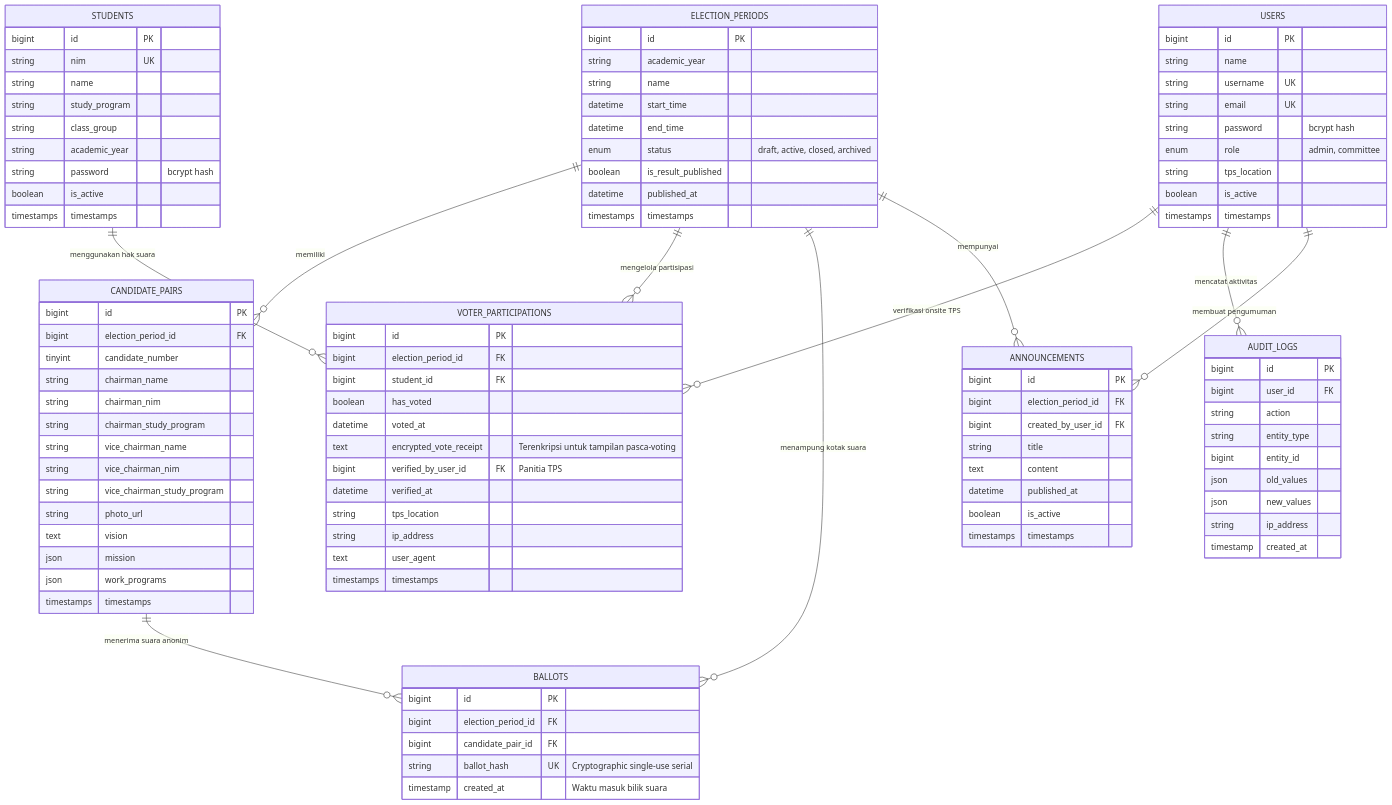
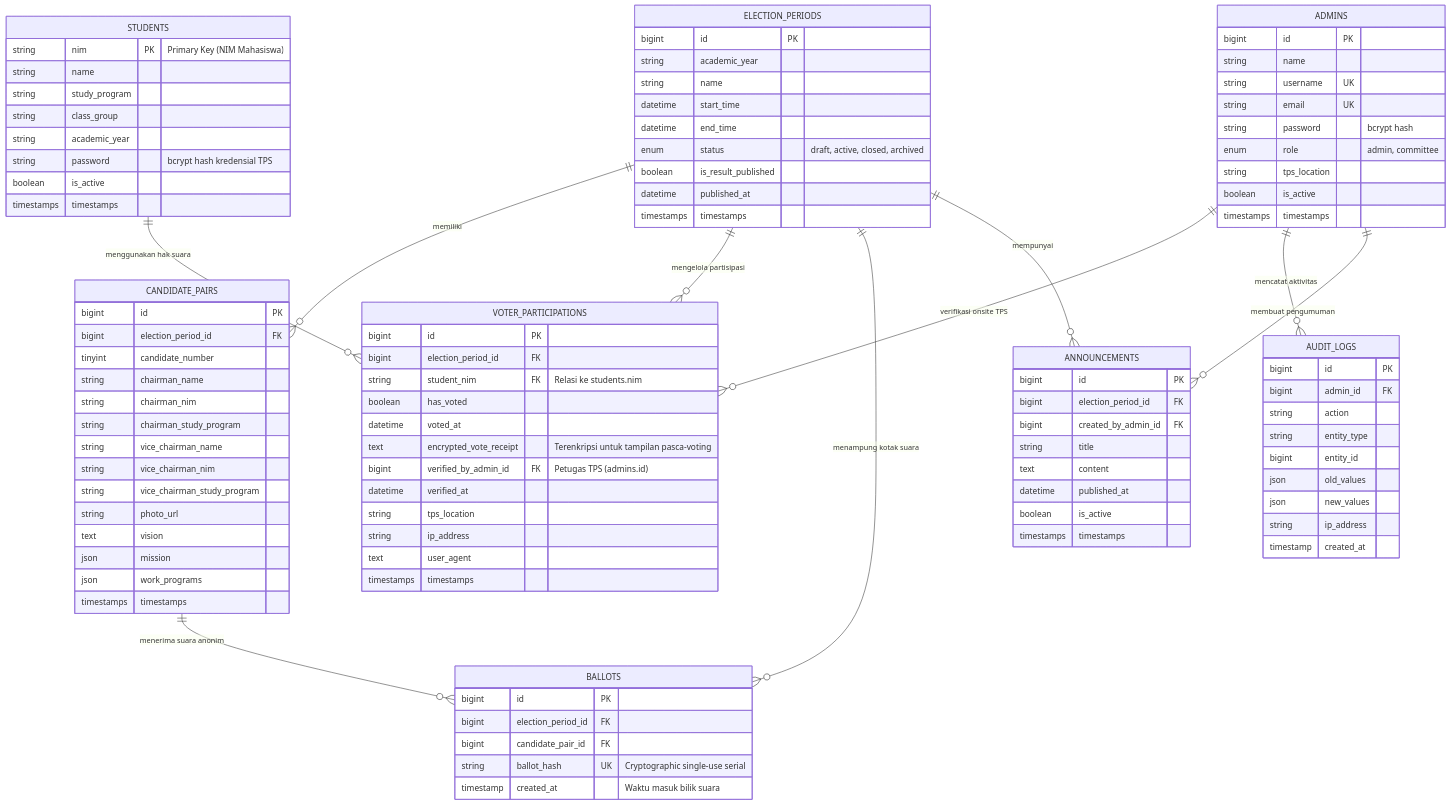
The diagram in docs/DATABASE_ERD.md (Irfansopandi/web-pemira-bem-ubsi-karawang), drawn with Mermaid before and after one commit. The commit also changed other lines of this file and 2 other files, not shown here.

Commit message:
docs: separate admin and student tables, set nim as primary key for students

```diff
--- a/docs/DATABASE_ERD.md
+++ b/docs/DATABASE_ERD.md
@@ -29,9 +33,9 @@
     ELECTION_PERIODS ||--o{ ANNOUNCEMENTS : "mempunyai"
     STUDENTS ||--o{ VOTER_PARTICIPATIONS : "menggunakan hak suara"
     CANDIDATE_PAIRS ||--o{ BALLOTS : "menerima suara anonim"
-    USERS ||--o{ VOTER_PARTICIPATIONS : "verifikasi onsite TPS"
-    USERS ||--o{ AUDIT_LOGS : "mencatat aktivitas"
-    USERS ||--o{ ANNOUNCEMENTS : "membuat pengumuman"
+    ADMINS ||--o{ VOTER_PARTICIPATIONS : "verifikasi onsite TPS"
+    ADMINS ||--o{ AUDIT_LOGS : "mencatat aktivitas"
+    ADMINS ||--o{ ANNOUNCEMENTS : "membuat pengumuman"
 
     ELECTION_PERIODS {
         bigint id PK
@@ -46,13 +50,24 @@
     }
 
     STUDENTS {
-        bigint id PK
-        string nim UK
+        string nim PK "Primary Key (NIM Mahasiswa)"
         string name
         string study_program
         string class_group
         string academic_year
+        string password "bcrypt hash kredensial TPS"
+        boolean is_active
+        timestamps timestamps
+    }
+
+    ADMINS {
+        bigint id PK
+        string name
+        string username UK
+        string email UK
         string password "bcrypt hash"
+        enum role "admin, committee"
+        string tps_location
         boolean is_active
         timestamps timestamps
     }
@@ -77,11 +92,11 @@
     VOTER_PARTICIPATIONS {
         bigint id PK
         bigint election_period_id FK
-        bigint student_id FK
+        string student_nim FK "Relasi ke students.nim"
         boolean has_voted
         datetime voted_at
         text encrypted_vote_receipt "Terenkripsi untuk tampilan pasca-voting"
-        bigint verified_by_user_id FK "Panitia TPS"
+        bigint verified_by_admin_id FK "Petugas TPS (admins.id)"
         datetime verified_at
         string tps_location
         string ip_address
@@ -97,21 +112,9 @@
         timestamp created_at "Waktu masuk bilik suara"
     }
 
-    USERS {
-        bigint id PK
-        string name
-        string username UK
-        string email UK
-        string password "bcrypt hash"
-        enum role "admin, committee"
-        string tps_location
-        boolean is_active
-        timestamps timestamps
-    }
-
     AUDIT_LOGS {
         bigint id PK
-        bigint user_id FK
+        bigint admin_id FK
         string action
         string entity_type
         bigint entity_id
@@ -124,7 +127,7 @@
     ANNOUNCEMENTS {
         bigint id PK
         bigint election_period_id FK
-        bigint created_by_user_id FK
+        bigint created_by_admin_id FK
         string title
         text content
         datetime published_at
```
